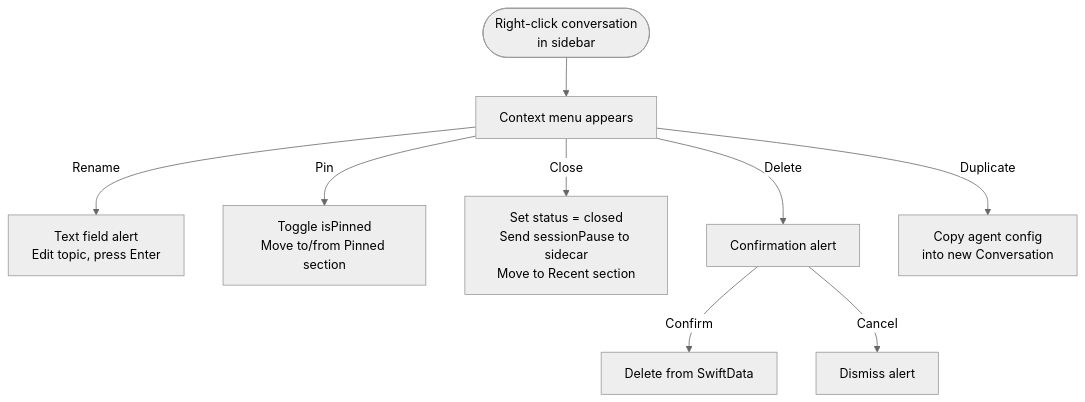
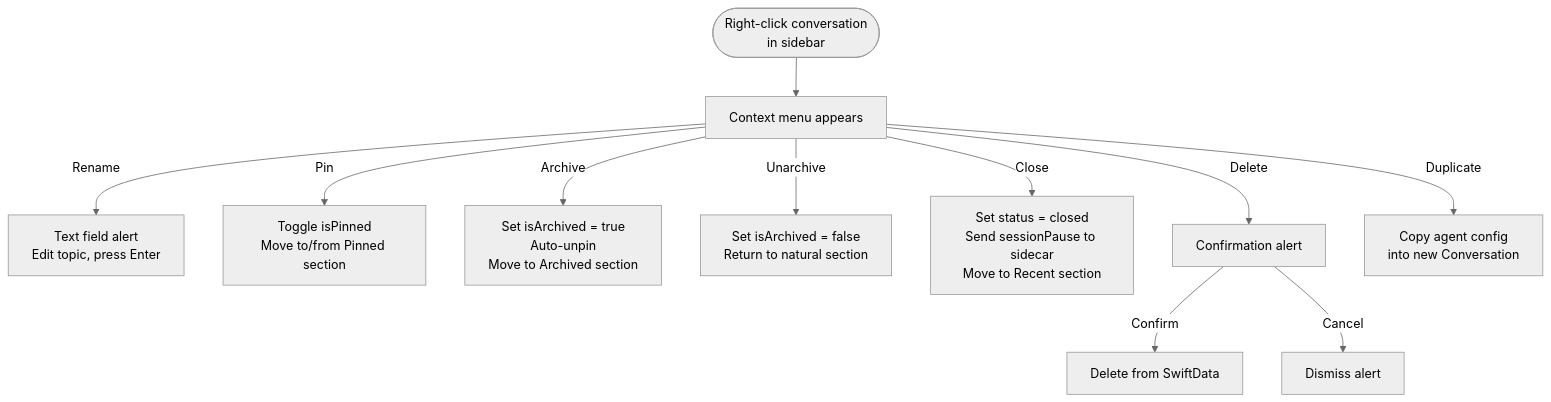
One commit to shayke-cohen/Odyssey changed the third of 16 diagrams in SPEC.md. Above: the diagram before and after it, drawn with Mermaid (neutral theme). The commit also changed other lines of this file and 3 other files, not shown here.

````diff
--- a/SPEC.md
+++ b/SPEC.md
@@ -809,11 +812,13 @@
 ```mermaid
 flowchart TD
     RightClick(["Right-click conversation\nin sidebar"]) --> Menu["Context menu appears"]
     Menu -->|Rename| RenamePopover["Text field alert\nEdit topic, press Enter"]
     Menu -->|Pin| TogglePin["Toggle isPinned\nMove to/from Pinned section"]
+    Menu -->|Archive| ArchiveConvo["Set isArchived = true\nAuto-unpin\nMove to Archived section"]
+    Menu -->|Unarchive| UnarchiveConvo["Set isArchived = false\nReturn to natural section"]
     Menu -->|Close| CloseConvo["Set status = closed\nSend sessionPause to sidecar\nMove to Recent section"]
     Menu -->|Delete| Confirm["Confirmation alert"]
     Confirm -->|Confirm| DeleteConvo["Delete from SwiftData"]
     Confirm -->|Cancel| Dismiss["Dismiss alert"]
     Menu -->|Duplicate| DupeConvo["Copy agent config\ninto new Conversation"]
 ```
````
